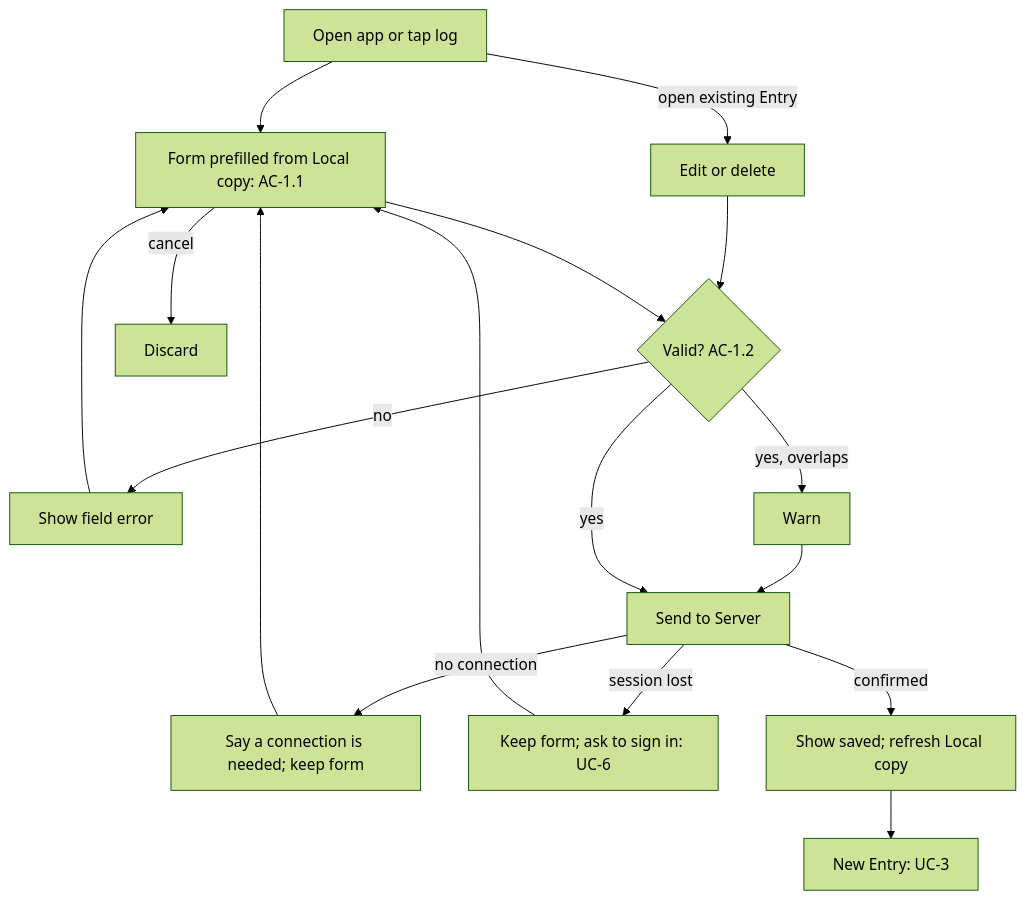
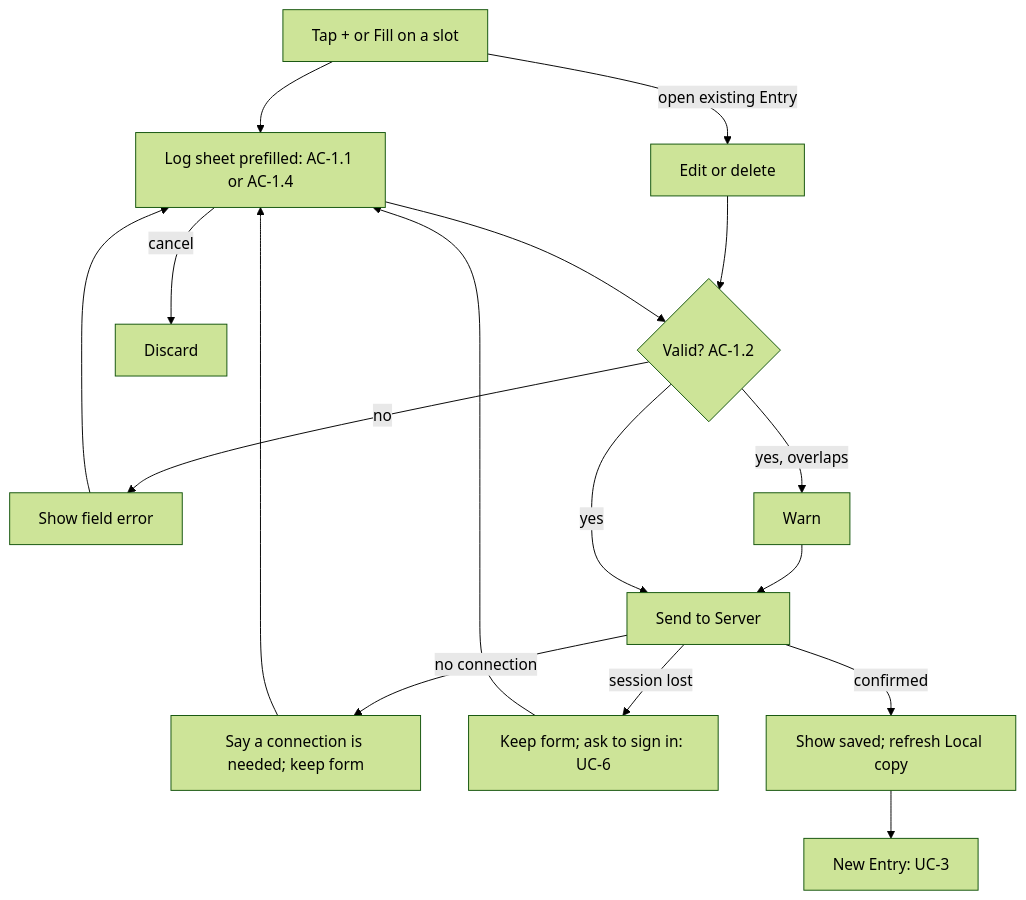
One commit to bachtly/daily-kaizen changed the first of 6 diagrams in docs/design/2026-11-06-mvp/02-requirements.md. Above: the diagram before and after it, drawn with Mermaid (forest theme). The commit also changed other lines of this file and 5 other files, not shown here.

````diff
--- a/docs/design/2026-11-06-mvp/02-requirements.md
+++ b/docs/design/2026-11-06-mvp/02-requirements.md
@@ -114,13 +115,13 @@
 ```mermaid
 flowchart TD
-  A[Open app or tap log] --> B[Form prefilled from Local copy: AC-1.1]
+  A[Tap + or Fill on a slot] --> B[Log sheet prefilled: AC-1.1 or AC-1.4]
   A -- open existing Entry --> ED[Edit or delete] --> C
   B -- cancel --> X[Discard]
   B --> C{Valid? AC-1.2}
   C -- no --> C1[Show field error] --> B
   C -- yes, overlaps --> D1[Warn] --> E
   C -- yes --> E[Send to Server]
   E -- no connection --> N1["Say a connection is needed; keep form"] --> B
   E -- session lost --> N2["Keep form; ask to sign in: UC-6"] --> B
   E -- confirmed --> OK["Show saved; refresh Local copy"] --> T[New Entry: UC-3]
 ```
````
